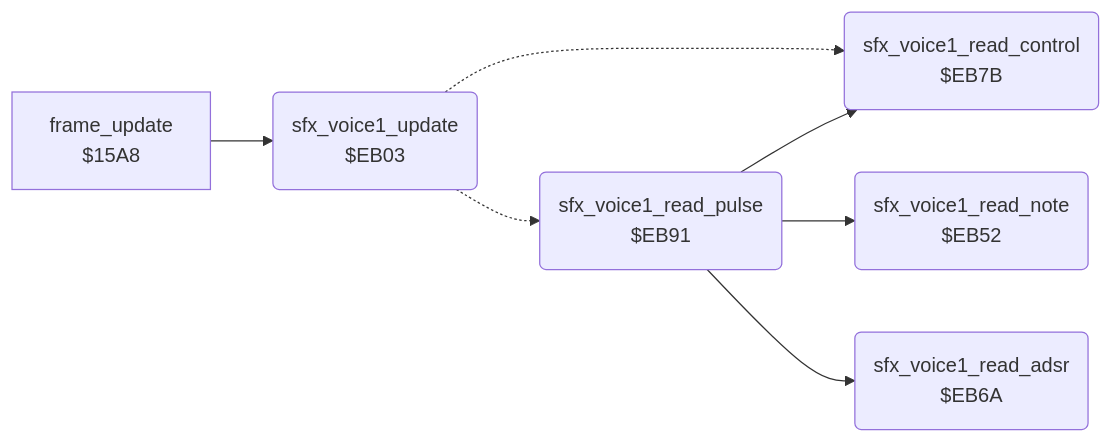
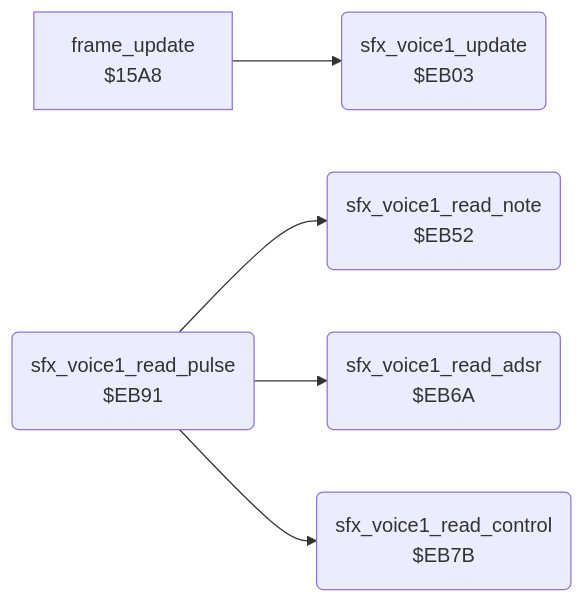
Before and after one commit to henols/c64_games: the diagram in bruce_lee/docs/reference/modules/sfx/sfx_voice1.md, drawn with Mermaid. The commit also changed other lines of this file and 236 other files, not shown here.

````diff
--- a/bruce_lee/docs/reference/modules/sfx/sfx_voice1.md
+++ b/bruce_lee/docs/reference/modules/sfx/sfx_voice1.md
@@ -10,15 +28,13 @@
 ```mermaid
 flowchart LR
   n15a8["frame_update<br/>$15A8"]
   neb03("sfx_voice1_update<br/>$EB03")
   neb52("sfx_voice1_read_note<br/>$EB52")
   neb6a("sfx_voice1_read_adsr<br/>$EB6A")
   neb7b("sfx_voice1_read_control<br/>$EB7B")
   neb91("sfx_voice1_read_pulse<br/>$EB91")
   n15a8 --> neb03
-  neb03 -.-> neb7b
-  neb03 -.-> neb91
   neb91 --> neb52
   neb91 --> neb6a
   neb91 --> neb7b
 ```
````
